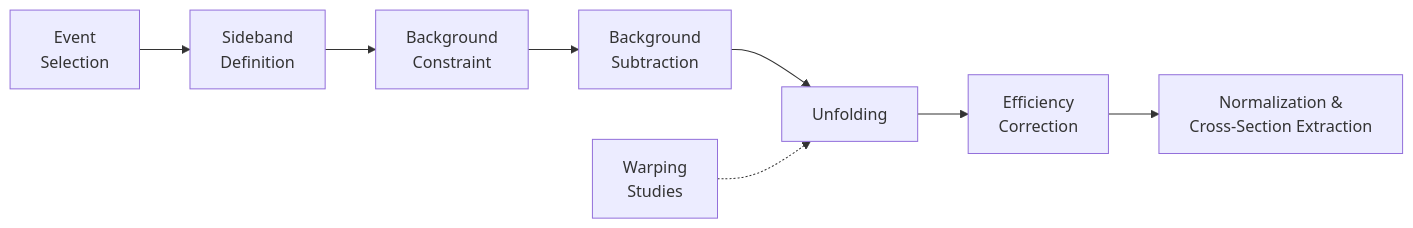
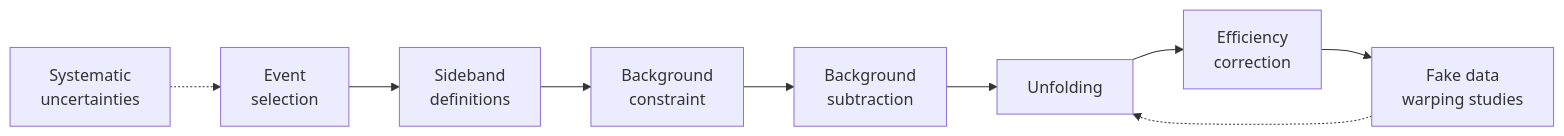
Before and after one commit to GonzaloDB13/MINERvA_CCPi0_Analysis: the diagram in CCPi0_Macros/README.md, drawn with Mermaid. The commit also changed other lines of this file and 3 other files, not shown here.

````diff
--- a/CCPi0_Macros/README.md
+++ b/CCPi0_Macros/README.md
@@ -49,11 +14,12 @@
 ```mermaid
 flowchart LR
-    A["Event<br/>Selection"] --> B["Sideband<br/>Definition"]
-    B --> C["Background<br/>Constraint"]
-    C --> D["Background<br/>Subtraction"]
+    A["Event<br/>selection"] --> B["Sideband<br/>definitions"]
+    B --> C["Background<br/>constraint"]
+    C --> D["Background<br/>subtraction"]
     D --> E["Unfolding"]
-    E --> F["Efficiency<br/>Correction"]
-    F --> G["Normalization &<br/>Cross-Section Extraction"]
+    E --> F["Efficiency<br/>correction"]
+    F --> G["Normalization &<br/>cross-section extraction"]
 
-    H["Warping<br/>Studies"] -.-> E
+    H["Systematic<br/>uncertainties"] -.-> A
+    G["Fake data<br/>warping studies"] -.-> E
 ```
````
